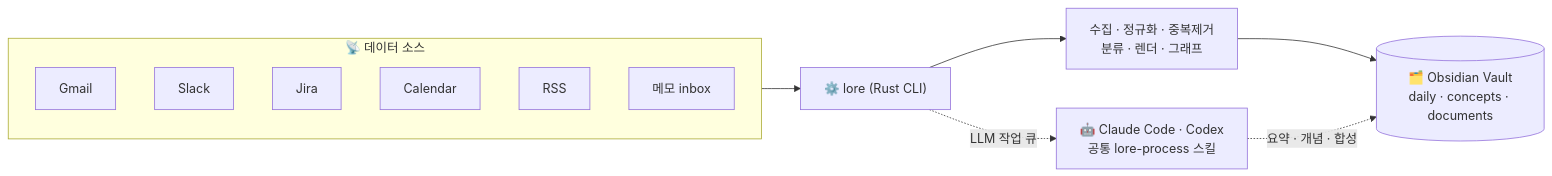
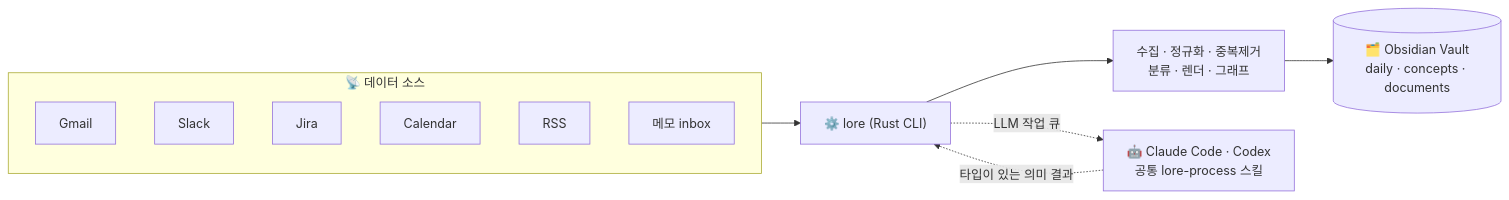
Before and after one commit to junyeong-ai/lorekeeper: the first of 3 diagrams in README.md, drawn with Mermaid. The commit also changed other lines of this file and 1 other file, not shown here.

````diff
--- a/README.md
+++ b/README.md
@@ -36,17 +36,17 @@
 ```mermaid
 flowchart LR
     subgraph SRC["📡 데이터 소스"]
         direction TB
         G["Gmail"]
         S["Slack"]
         J["Jira"]
         C["Calendar"]
         R["RSS"]
         M["메모 inbox"]
     end
     SRC --> L["⚙️ lore (Rust CLI)"]
     L --> P["수집 · 정규화 · 중복제거<br/>분류 · 렌더 · 그래프"]
     P --> V[("🗂️ Obsidian Vault<br/>daily · concepts · documents")]
     L -. "LLM 작업 큐" .-> CC["🤖 Claude Code · Codex<br/>공통 lore-process 스킬"]
-    CC -. "요약 · 개념 · 합성" .-> V
+    CC -. "타입이 있는 의미 결과" .-> L
 ```
````
